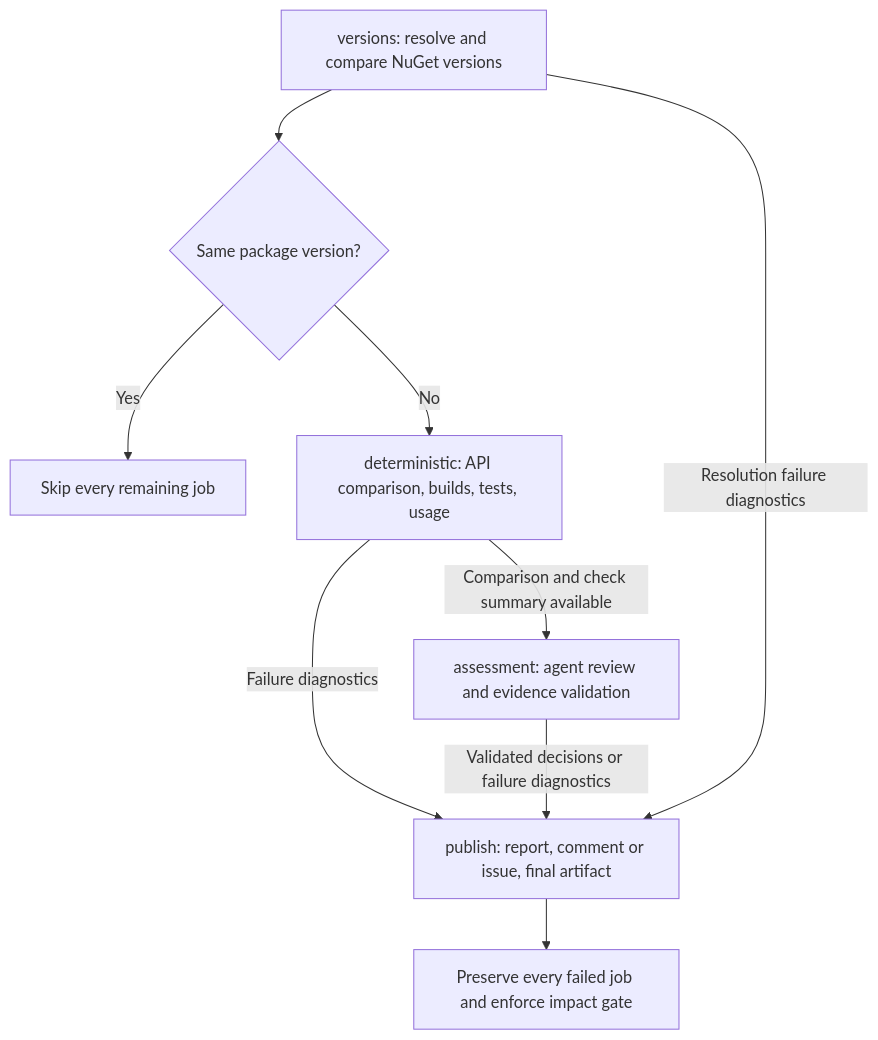
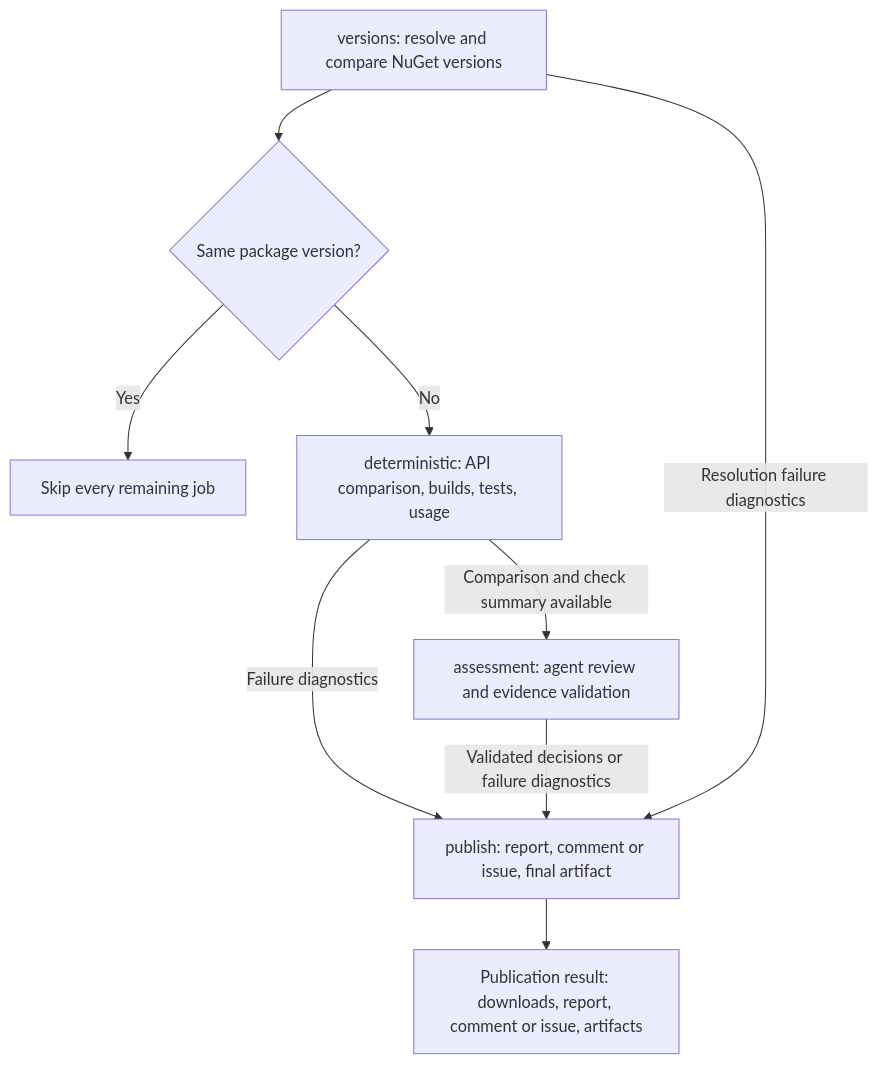
One commit to southworks/Agents-for-net changed the diagram in scripts/TeamsApiDrift/technicalDescription.md. Above: the diagram before and after it, drawn with Mermaid. The commit also changed other lines of this file and 3 other files, not shown here.

````diff
--- a/scripts/TeamsApiDrift/technicalDescription.md
+++ b/scripts/TeamsApiDrift/technicalDescription.md
@@ -18,11 +18,11 @@
 ```mermaid
 flowchart TD
     Versions[versions: resolve and compare NuGet versions] --> Same{Same package version?}
     Same -->|Yes| Skip[Skip every remaining job]
     Same -->|No| Deterministic[deterministic: API comparison, builds, tests, usage]
     Deterministic -->|Comparison and check summary available| Assessment[assessment: agent review and evidence validation]
     Deterministic -->|Failure diagnostics| Publish[publish: report, comment or issue, final artifact]
     Assessment -->|Validated decisions or failure diagnostics| Publish
     Versions -->|Resolution failure diagnostics| Publish
-    Publish --> Gate[Preserve every failed job and enforce impact gate]
+    Publish --> Published[Publication result: downloads, report, comment or issue, artifacts]
 ```
````
